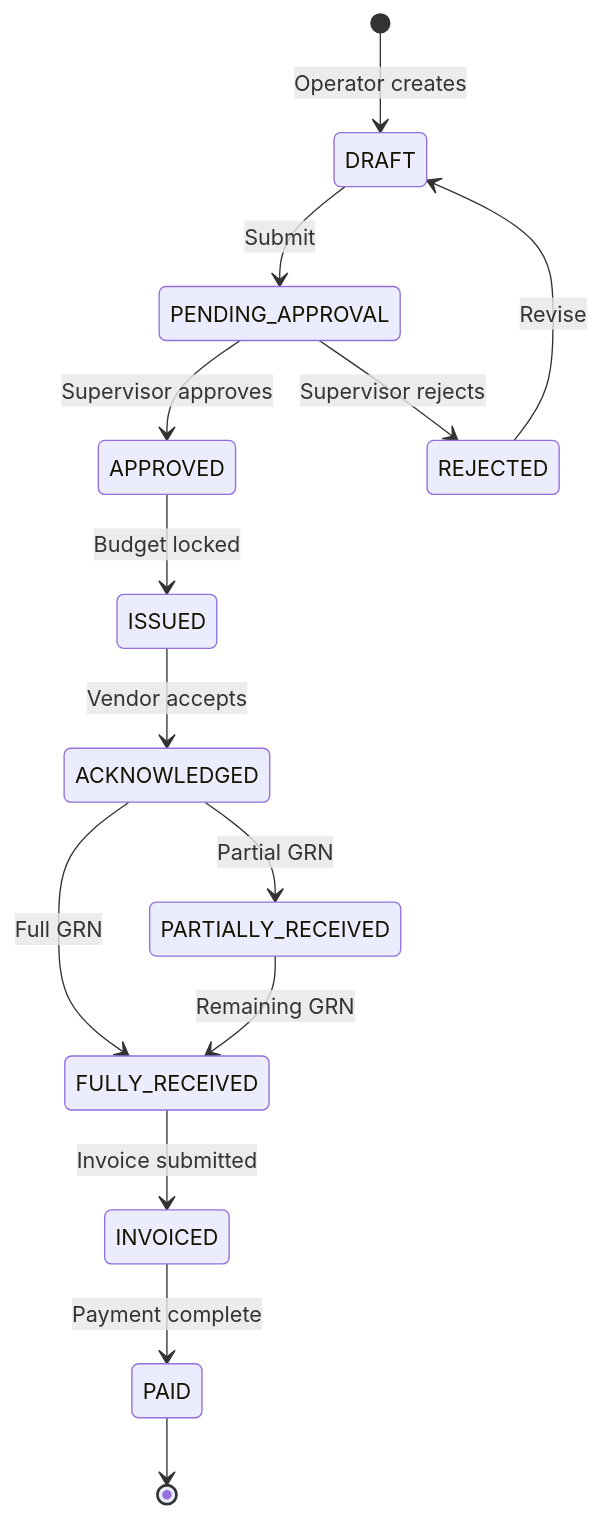
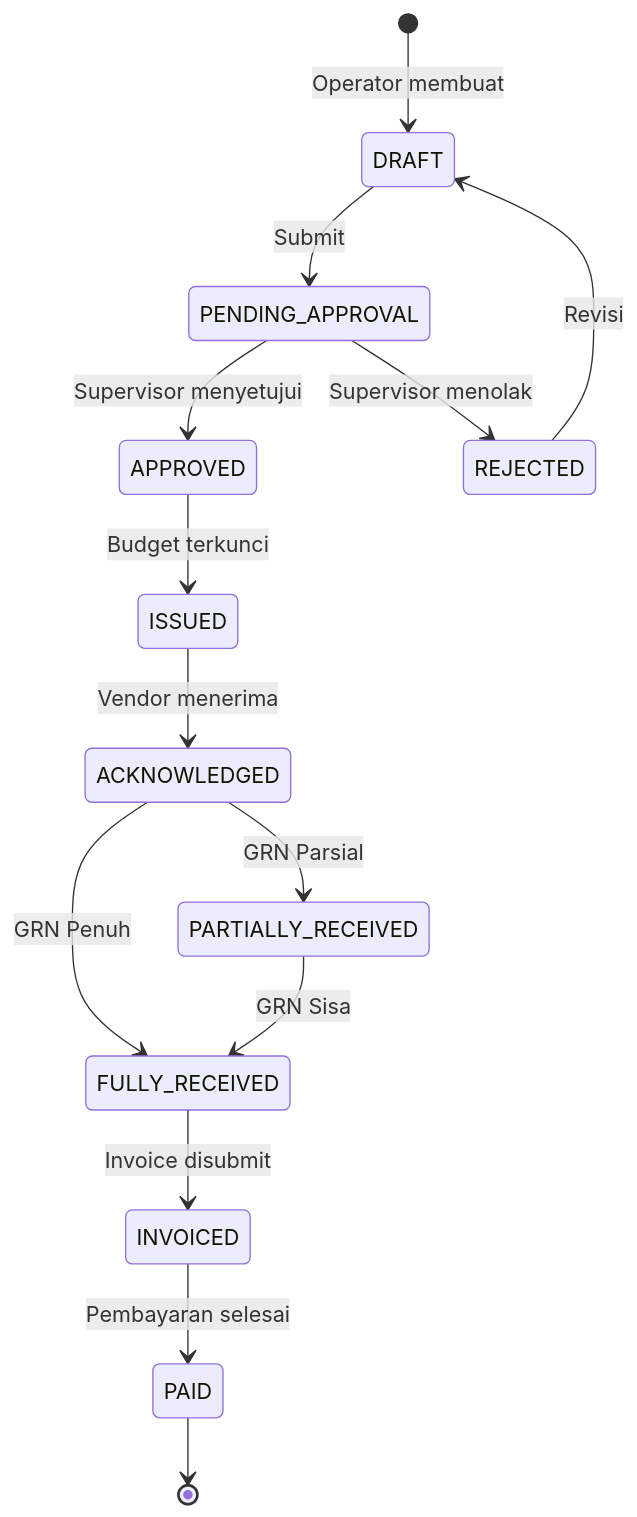
One commit to Vencore-erp/documentation changed diagram 12 of 13 in system_design/BUSINESS_PROCESS_MODEL.md. Above: the diagram before and after it, drawn with Mermaid. The commit also changed other lines of this file and 16 other files, not shown here.

````diff
--- a/system_design/BUSINESS_PROCESS_MODEL.md
+++ b/system_design/BUSINESS_PROCESS_MODEL.md
@@ -507,16 +507,16 @@
 ```mermaid
 stateDiagram-v2
-    [*] --> DRAFT: Operator creates
+    [*] --> DRAFT: Operator membuat
     DRAFT --> PENDING_APPROVAL: Submit
-    PENDING_APPROVAL --> APPROVED: Supervisor approves
-    PENDING_APPROVAL --> REJECTED: Supervisor rejects
-    REJECTED --> DRAFT: Revise
-    APPROVED --> ISSUED: Budget locked
-    ISSUED --> ACKNOWLEDGED: Vendor accepts
-    ACKNOWLEDGED --> PARTIALLY_RECEIVED: Partial GRN
-    ACKNOWLEDGED --> FULLY_RECEIVED: Full GRN
-    PARTIALLY_RECEIVED --> FULLY_RECEIVED: Remaining GRN
-    FULLY_RECEIVED --> INVOICED: Invoice submitted
-    INVOICED --> PAID: Payment complete
+    PENDING_APPROVAL --> APPROVED: Supervisor menyetujui
+    PENDING_APPROVAL --> REJECTED: Supervisor menolak
+    REJECTED --> DRAFT: Revisi
+    APPROVED --> ISSUED: Budget terkunci
+    ISSUED --> ACKNOWLEDGED: Vendor menerima
+    ACKNOWLEDGED --> PARTIALLY_RECEIVED: GRN Parsial
+    ACKNOWLEDGED --> FULLY_RECEIVED: GRN Penuh
+    PARTIALLY_RECEIVED --> FULLY_RECEIVED: GRN Sisa
+    FULLY_RECEIVED --> INVOICED: Invoice disubmit
+    INVOICED --> PAID: Pembayaran selesai
     PAID --> [*]
 ```
````
